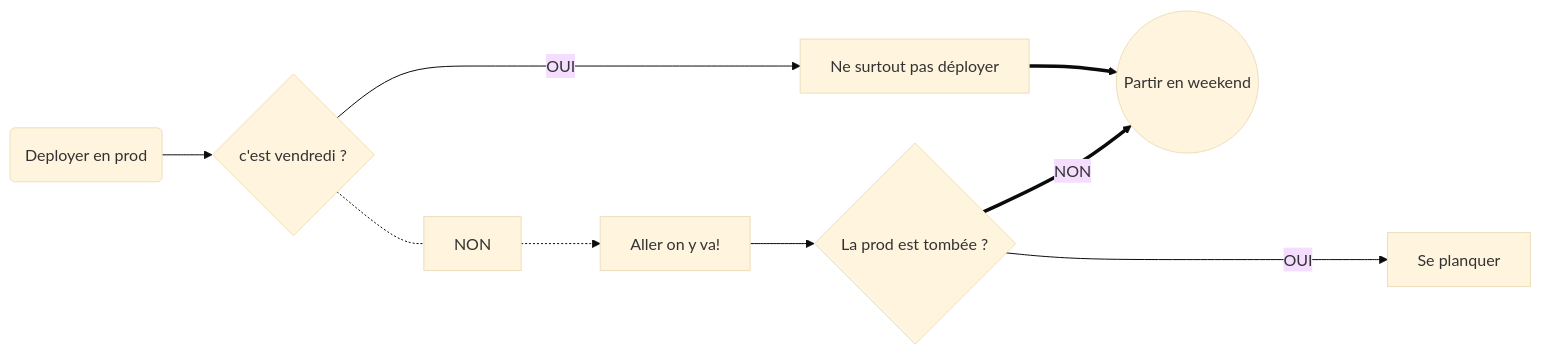
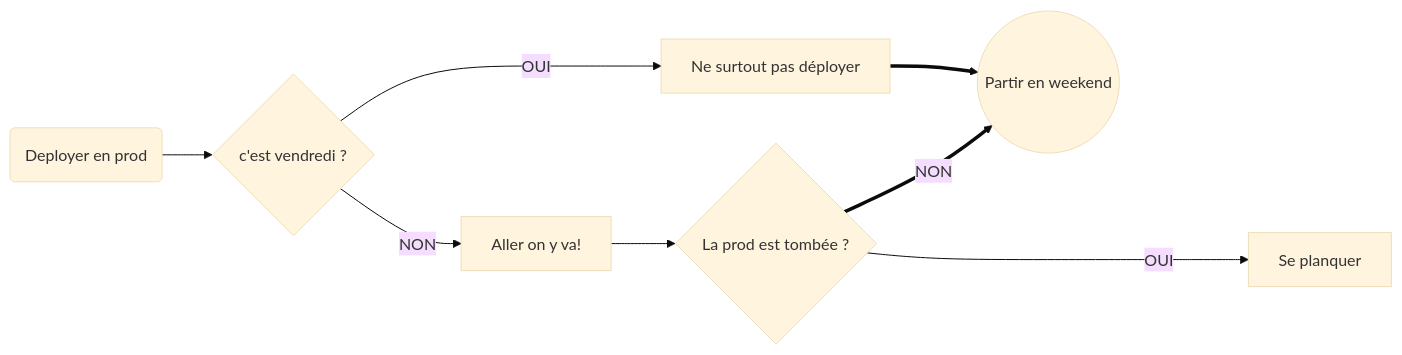
Before and after one commit to ErwanLT/mermaidMarkdown: the third of 4 diagrams in flowcharts/README.md, drawn with Mermaid (base theme). The commit also changed other lines of this file, not shown here.

Commit message:
flowcharts

````diff
--- a/flowcharts/README.md
+++ b/flowcharts/README.md
@@ -27,10 +27,10 @@
 ```mermaid
   flowchart LR
       A(Deployer en prod)-->B{c'est vendredi ?};
       B -- OUI --> C[Ne surtout pas déployer];
-      C ==> G
-      B -.- NON -.-> D[Aller on y va!];
+      C ==> G;
+      B -- NON --> D[Aller on y va!];
       D--> E{La prod est tombée ?};
       E -- OUI ----> F[Se planquer];
       E == NON ==> G((Partir en weekend));
 ```
````
